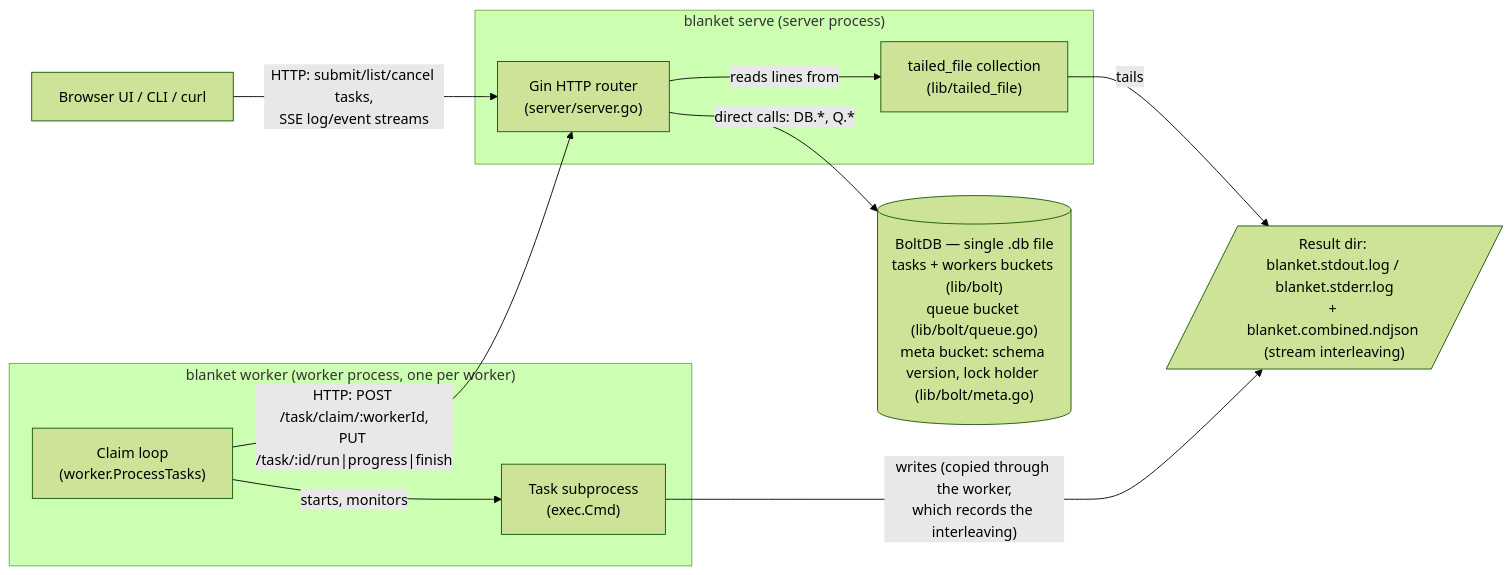
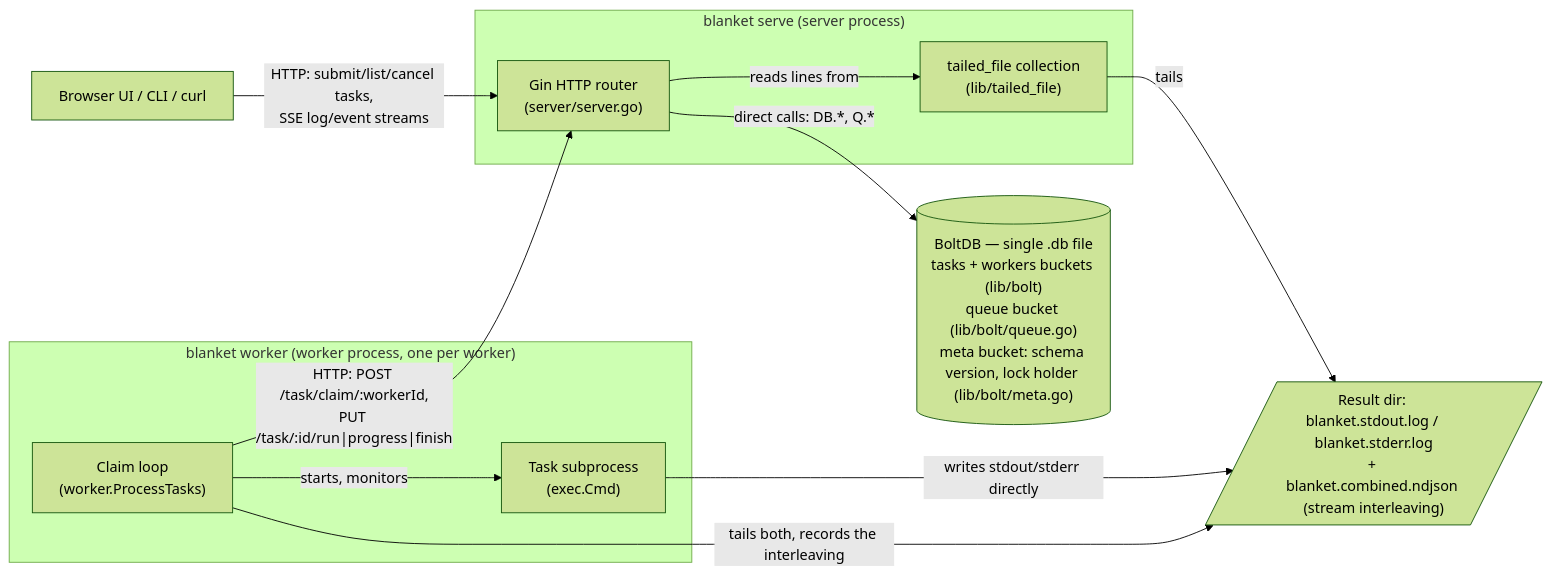
One commit to turtlemonvh/blanket changed the diagram in docs/design.md. Above: the diagram before and after it, drawn with Mermaid (forest theme). The commit also changed 12 other files, not shown here.

````diff
--- a/docs/design.md
+++ b/docs/design.md
@@ -73,27 +73,28 @@
 ```mermaid
 flowchart LR
     client["Browser UI / CLI / curl"]
 
     subgraph serverproc["blanket serve (server process)"]
         router["Gin HTTP router<br/>(server/server.go)"]
         tf["tailed_file collection<br/>(lib/tailed_file)"]
     end
 
     db[("BoltDB — single .db file<br/>tasks + workers buckets (lib/bolt)<br/>queue bucket (lib/bolt/queue.go)<br/>meta bucket: schema version, lock holder (lib/bolt/meta.go)")]
 
     subgraph workerproc["blanket worker (worker process, one per worker)"]
         claimloop["Claim loop<br/>(worker.ProcessTasks)"]
         subcmd["Task subprocess<br/>(exec.Cmd)"]
     end
 
     logs[/"Result dir: blanket.stdout.log / blanket.stderr.log<br/>+ blanket.combined.ndjson (stream interleaving)"/]
 
     client -- "HTTP: submit/list/cancel tasks,<br/>SSE log/event streams" --> router
     router -- "direct calls: DB.*, Q.*" --> db
     router -- "reads lines from" --> tf
     tf -- "tails" --> logs
 
     claimloop -- "HTTP: POST /task/claim/:workerId,<br/>PUT /task/:id/run|progress|finish" --> router
     claimloop -- "starts, monitors" --> subcmd
-    subcmd -- "writes (copied through the worker,<br/>which records the interleaving)" --> logs
+    subcmd -- "writes stdout/stderr directly" --> logs
+    claimloop -- "tails both, records the interleaving" --> logs
 ```
````
